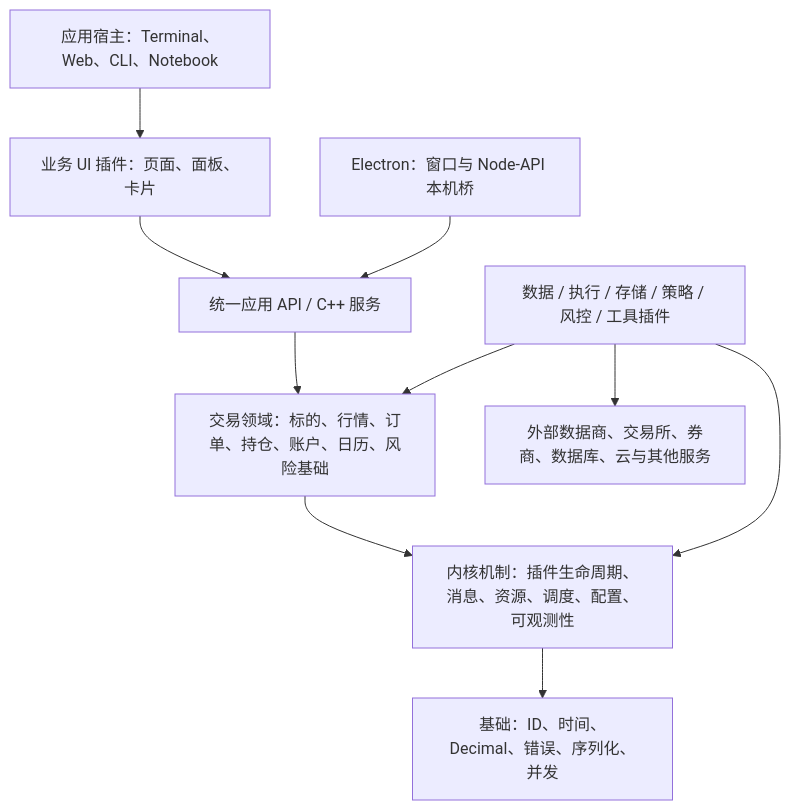
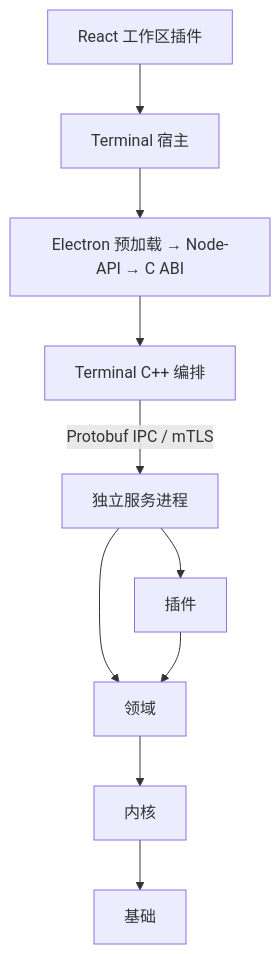
One commit to isqiwen/asterion-terminal changed the diagram in docs/architecture.md. Above: the diagram before and after it, drawn with Mermaid. The commit also changed other lines of this file and 49 other files, not shown here.

````diff
--- a/docs/architecture.md
+++ b/docs/architecture.md
@@ -15,21 +9,12 @@
 ```mermaid
 flowchart TB
-  Host[应用宿主：Terminal、Web、CLI、Notebook]
-  UI[业务 UI 插件：页面、面板、卡片]
-  Electron[Electron：窗口与 Node-API 本机桥]
-  API[统一应用 API / C++ 服务]
-  Domain[交易领域：标的、行情、订单、持仓、账户、日历、风险基础]
-  Kernel[内核机制：插件生命周期、消息、资源、调度、配置、可观测性]
-  Foundation[基础：ID、时间、Decimal、错误、序列化、并发]
-  Plugins[数据 / 执行 / 存储 / 策略 / 风控 / 工具插件]
-  External[外部数据商、交易所、券商、数据库、云与其他服务]
-  Host --> UI
-  UI --> API
-  Electron --> API
-  API --> Domain
-  Domain --> Kernel
-  Kernel --> Foundation
+  UI[React 工作区插件] --> Host[Terminal 宿主]
+  Host --> Bridge[Electron 预加载 → Node-API → C ABI]
+  Bridge --> App[Terminal C++ 编排]
+  App -->|Protobuf IPC / mTLS| Services[独立服务进程]
+  Services --> Plugins[插件]
+  Services --> Domain[领域]
   Plugins --> Domain
-  Plugins --> Kernel
-  Plugins --> External
+  Domain --> Kernel[内核]
+  Kernel --> Foundation[基础]
 ```
````
